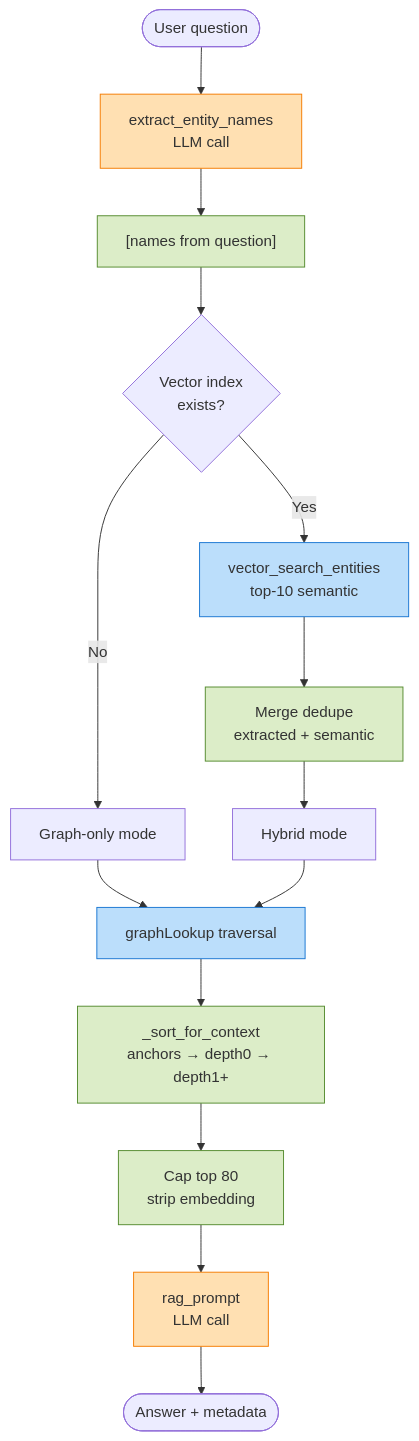
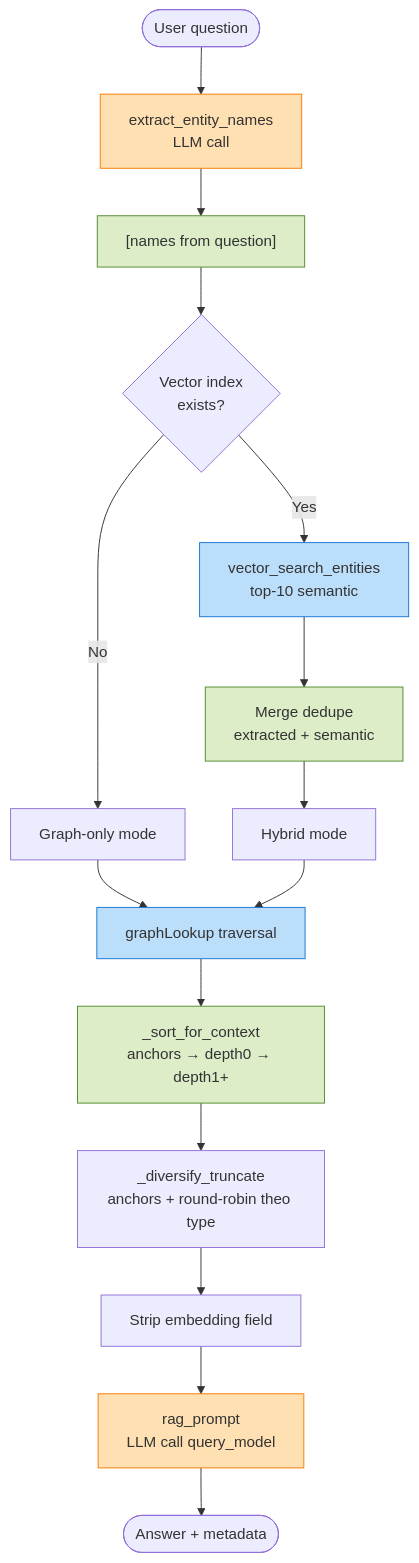
The eighth of 14 diagrams in docs/diagrams.md (camping89/graphrag-demo), drawn with Mermaid before and after one commit. The commit also changed other lines of this file and 10 other files, not shown here.

First line of the commit message:
docs: sync với codebase hiện tại (2-model split, entity normalizer, auto-flow)

````diff
--- a/docs/diagrams.md
+++ b/docs/diagrams.md
@@ -338,29 +357,30 @@
 ```mermaid
 flowchart TD
     Start([User question]) --> Extract[extract_entity_names<br/>LLM call]
     Extract --> Names["[names from question]"]
 
     Names --> CheckIdx{Vector index<br/>exists?}
 
     CheckIdx -->|No| GraphOnly[Graph-only mode]
     CheckIdx -->|Yes| Vector[vector_search_entities<br/>top-10 semantic]
 
     Vector --> Merge[Merge dedupe<br/>extracted + semantic]
     Merge --> Hybrid[Hybrid mode]
 
     GraphOnly --> Traverse[graphLookup traversal]
     Hybrid --> Traverse
 
     Traverse --> Sort[_sort_for_context<br/>anchors → depth0 → depth1+]
-    Sort --> Cap[Cap top 80<br/>strip embedding]
-    Cap --> RAG[rag_prompt<br/>LLM call]
+    Sort --> Diversify[_diversify_truncate<br/>anchors + round-robin theo type]
+    Diversify --> Strip[Strip embedding field]
+    Strip --> RAG[rag_prompt<br/>LLM call query_model]
     RAG --> Answer([Answer + metadata])
 
     classDef llm fill:#ffe0b2,stroke:#f57c00
     classDef db fill:#bbdefb,stroke:#1976d2
     classDef logic fill:#dcedc8,stroke:#558b2f
 
     class Extract,RAG llm
     class Vector,Traverse db
     class Names,Merge,Sort,Cap logic
 ```
````
